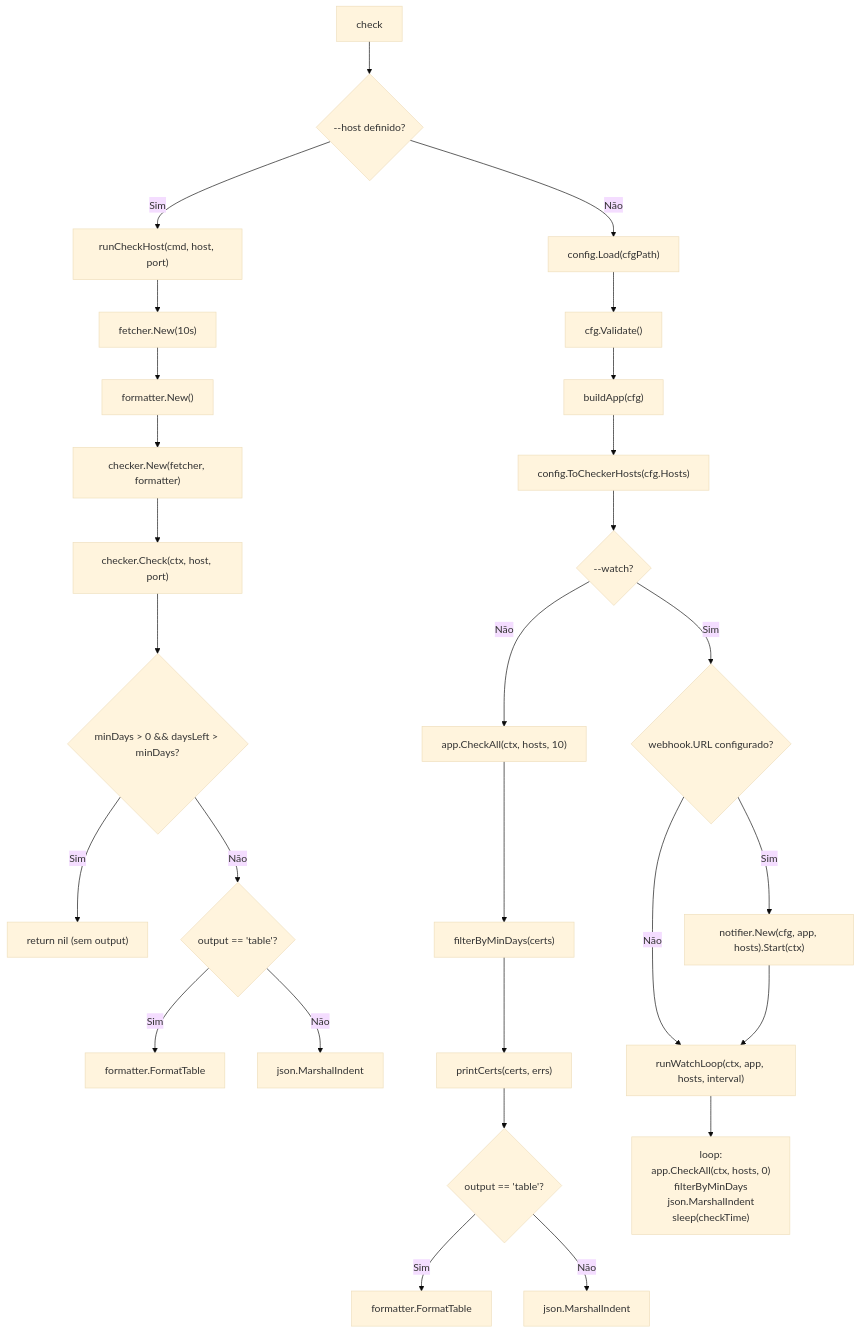
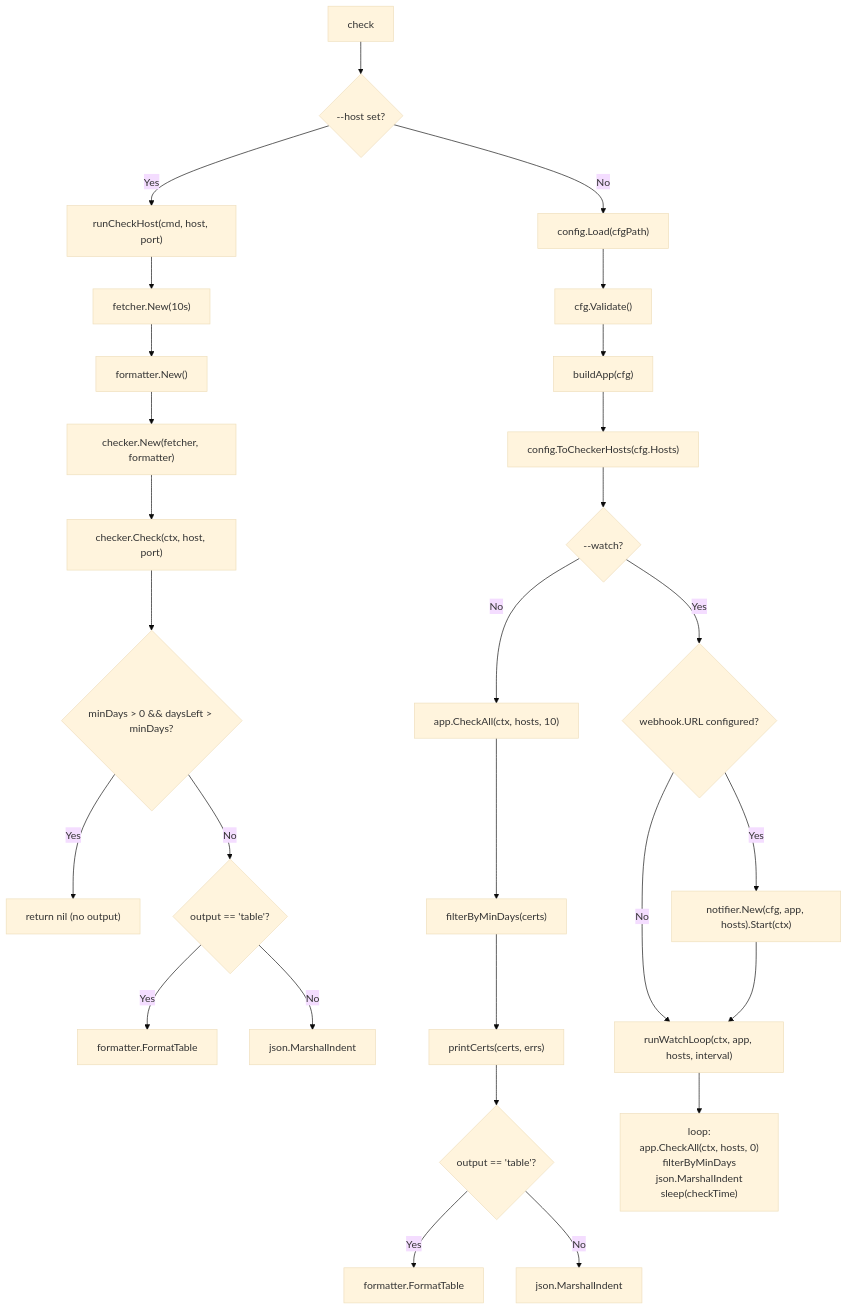
One commit to fabianoflorentino/certificate-validate changed diagram 11 of 14 in docs/ARCHITECTURE.md. Above: the diagram before and after it, drawn with Mermaid (base theme). The commit also changed other lines of this file and 2 other files, not shown here.

````diff
--- a/docs/ARCHITECTURE.md
+++ b/docs/ARCHITECTURE.md
@@ -596,35 +596,35 @@
 ```mermaid
 flowchart TB
-    checkCmd["check"] --> host{"--host definido?"}
-    host -->|"Sim"| single["runCheckHost(cmd, host, port)"]
-    host -->|"Não"| load["config.Load(cfgPath)"]
+    checkCmd["check"] --> host{"--host set?"}
+    host -->|"Yes"| single["runCheckHost(cmd, host, port)"]
+    host -->|"No"| load["config.Load(cfgPath)"]
 
     single --> fetcher1["fetcher.New(10s)"]
     fetcher1 --> formatter1["formatter.New()"]
     formatter1 --> checker1["checker.New(fetcher, formatter)"]
 
     checker1 --> check1["checker.Check(ctx, host, port)"]
     check1 --> filter1{"minDays > 0 && daysLeft > minDays?"}
-    filter1 -->|"Sim"| exit["return nil (sem output)"]
-    filter1 -->|"Não"| output1{"output == 'table'?"}
-    output1 -->|"Sim"| table1["formatter.FormatTable"]
-    output1 -->|"Não"| json1["json.MarshalIndent"]
+    filter1 -->|"Yes"| exit["return nil (no output)"]
+    filter1 -->|"No"| output1{"output == 'table'?"}
+    output1 -->|"Yes"| table1["formatter.FormatTable"]
+    output1 -->|"No"| json1["json.MarshalIndent"]
 
     load --> val["cfg.Validate()"]
     val --> app["buildApp(cfg)"]
     app --> hosts["config.ToCheckerHosts(cfg.Hosts)"]
     hosts --> watch{"--watch?"}
 
-    watch -->|"Não"| checkAll["app.CheckAll(ctx, hosts, 10)"]
+    watch -->|"No"| checkAll["app.CheckAll(ctx, hosts, 10)"]
     checkAll --> filterAll["filterByMinDays(certs)"]
     filterAll --> print["printCerts(certs, errs)"]
     print --> output2{"output == 'table'?"}
-    output2 -->|"Sim"| table2["formatter.FormatTable"]
-    output2 -->|"Não"| json2["json.MarshalIndent"]
+    output2 -->|"Yes"| table2["formatter.FormatTable"]
+    output2 -->|"No"| json2["json.MarshalIndent"]
 
-    watch -->|"Sim"| webhook{"webhook.URL configurado?"}
-    webhook -->|"Sim"| notifier["notifier.New(cfg, app, hosts).Start(ctx)"]
-    webhook -->|"Não"| loopWatch["runWatchLoop(ctx, app, hosts, interval)"]
+    watch -->|"Yes"| webhook{"webhook.URL configured?"}
+    webhook -->|"Yes"| notifier["notifier.New(cfg, app, hosts).Start(ctx)"]
+    webhook -->|"No"| loopWatch["runWatchLoop(ctx, app, hosts, interval)"]
     notifier --> loopWatch
     loopWatch --> loopBody["loop:\napp.CheckAll(ctx, hosts, 0)\nfilterByMinDays\njson.MarshalIndent\nsleep(checkTime)"]
 ```
````
